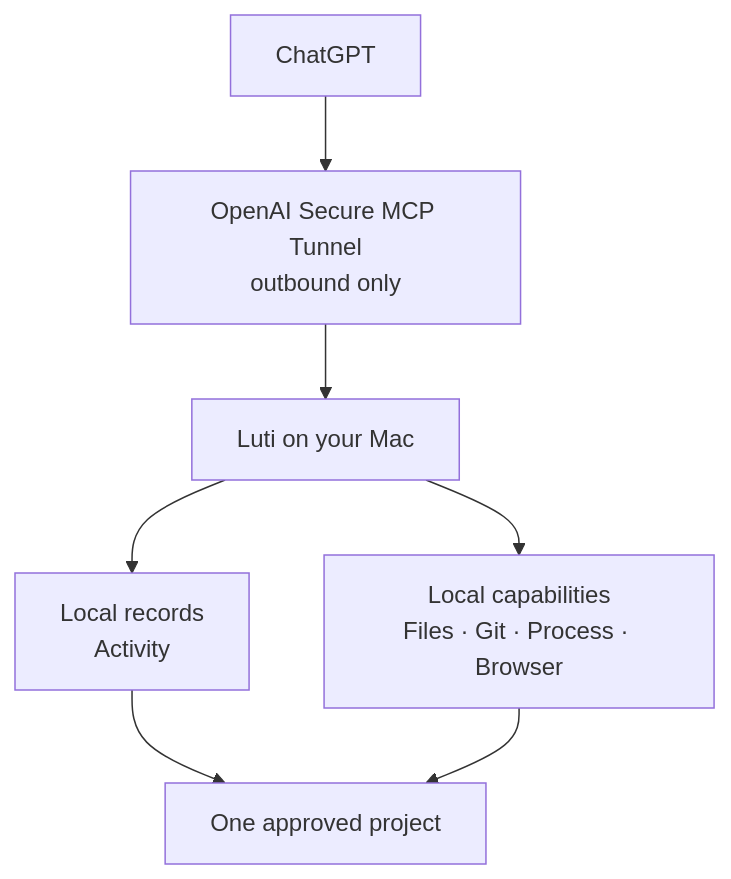
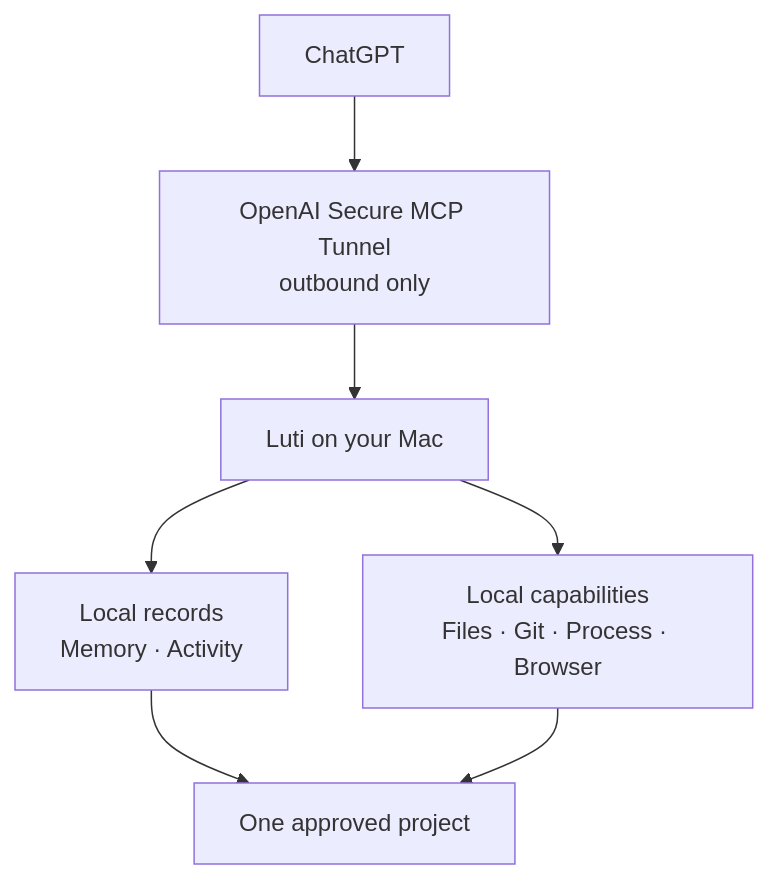
Before and after one commit to boltguo/Luti: the diagram in README.md, drawn with Mermaid. The commit also changed other lines of this file and 7 other files, not shown here.

````diff
--- a/README.md
+++ b/README.md
@@ -27,13 +27,13 @@
 ```mermaid
 flowchart TB
     remote["ChatGPT"]
     tunnel["OpenAI Secure MCP Tunnel<br/>outbound only"]
     luti["Luti on your Mac"]
-    context["Local records<br/>Activity"]
+    context["Local records<br/>Memory · Activity"]
     tools["Local capabilities<br/>Files · Git · Process · Browser"]
     project["One approved project"]
 
     remote --> tunnel --> luti
     luti --> context --> project
     luti --> tools --> project
 ```
````
